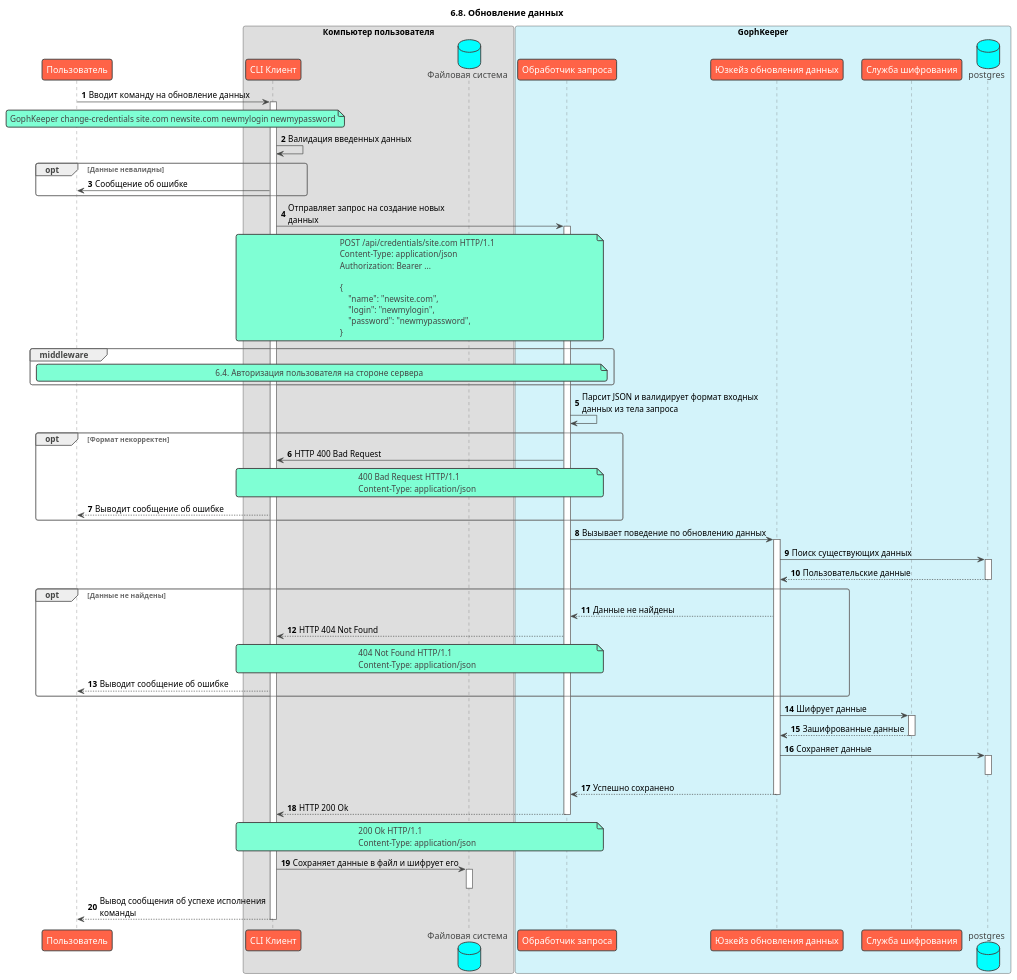
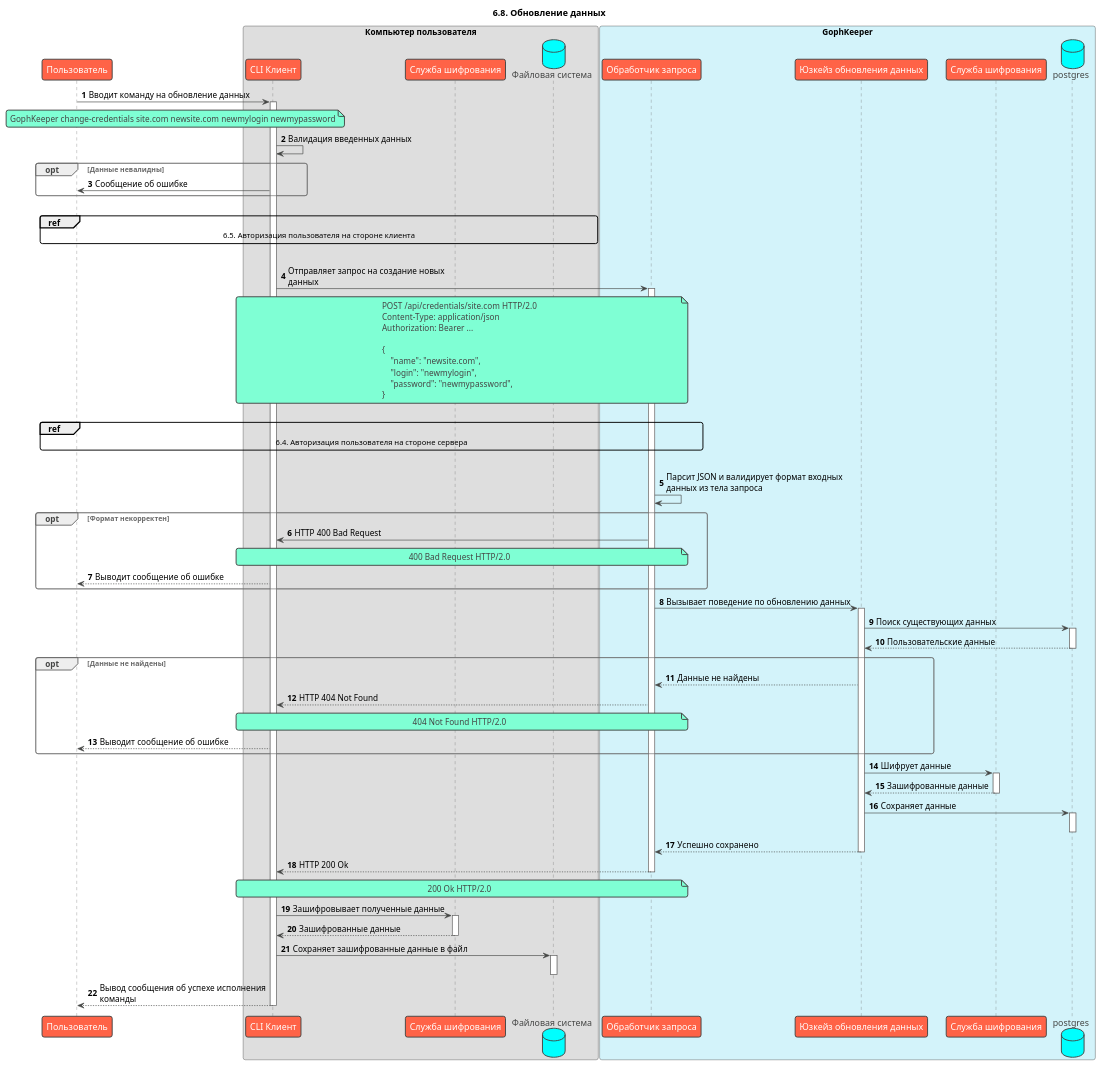
The diagram in docs/arc42/6. Runtime View/6.8 Update.puml (Nickolasll/GophKeeper), drawn with PlantUML before and after one commit. The commit also changed 24 other files, not shown here.

```diff
--- a/docs/arc42/6. Runtime View/6.8 Update.puml
+++ b/docs/arc42/6. Runtime View/6.8 Update.puml
@@ -1,89 +1,93 @@
 @startuml
 !theme vibrant
 title: 6.8. Обновление данных
 skinparam maxMessageSize 300
 autonumber
 
 participant "Пользователь" as user
 box "Компьютер пользователя" #DEDEDE
     participant "CLI Клиент" as client
+    participant "Служба шифрования" as cli_crypto 
     database "Файловая система" as file
 end box
 
 box "GophKeeper" #d3f3fa
     participant "Обработчик запроса" as handler
     participant "Юзкейз обновления данных" as usecase
     participant "Служба шифрования" as crypto
     database "postgres" as db
 end box
-
 user -> client ++ : Вводит команду на обновление данных
 note over user, client
     GophKeeper change-credentials site.com newsite.com newmylogin newmypassword
 end note
-
 client -> client: Валидация введенных данных
 
 opt Данные невалидны
     client -> user: Сообщение об ошибке
 end
 
+|||
+ref over user, file
+    6.5. Авторизация пользователя на стороне клиента
+end
+|||
+
 client -> handler ++ : Отправляет запрос на создание новых данных
 note over client, handler
-    POST /api/credentials/site.com HTTP/1.1
+    POST /api/credentials/site.com HTTP/2.0
     Content-Type: application/json
     Authorization: Bearer ...
     
     {
         "name": "newsite.com",
         "login": "newmylogin",
         "password": "newmypassword",
     }
 end note
-
-group middleware
-    note over user, handler: 6.4. Авторизация пользователя на стороне сервера
-end group
-
+|||
+ref over user, handler
+    6.4. Авторизация пользователя на стороне сервера
+end
+|||
 handler -> handler: Парсит JSON и валидирует формат входных данных из тела запроса
 opt Формат некорректен
     handler -> client: HTTP 400 Bad Request
     note over client, handler
-        400 Bad Request HTTP/1.1
-        Content-Type: application/json
+        400 Bad Request HTTP/2.0
     end note
     client --> user: Выводит сообщение об ошибке
 end
 
 handler -> usecase ++ : Вызывает поведение по обновлению данных
 usecase -> db ++ : Поиск существующих данных
 return Пользовательские данные
 opt Данные не найдены
     usecase --> handler: Данные не найдены
     handler --> client: HTTP 404 Not Found
     note over client, handler
-        404 Not Found HTTP/1.1
-        Content-Type: application/json
+        404 Not Found HTTP/2.0
     end note
     client --> user: Выводит сообщение об ошибке
 end
 
 usecase -> crypto ++ : Шифрует данные
 return Зашифрованные данные
 
 usecase -> db : Сохраняет данные
 activate db
 deactivate db
 
 return Успешно сохранено
 return HTTP 200 Ok
 note over client, handler
-    200 Ok HTTP/1.1
-    Content-Type: application/json
+    200 Ok HTTP/2.0
 end note
 
-client -> file: Сохраняет данные в файл и шифрует его
+client -> cli_crypto ++ : Зашифровывает полученные данные
+return Зашифрованные данные
+client -> file: Сохраняет зашифрованные данные в файл
 activate file
 deactivate file 
 return Вывод сообщения об успехе исполнения команды
 @enduml
```
